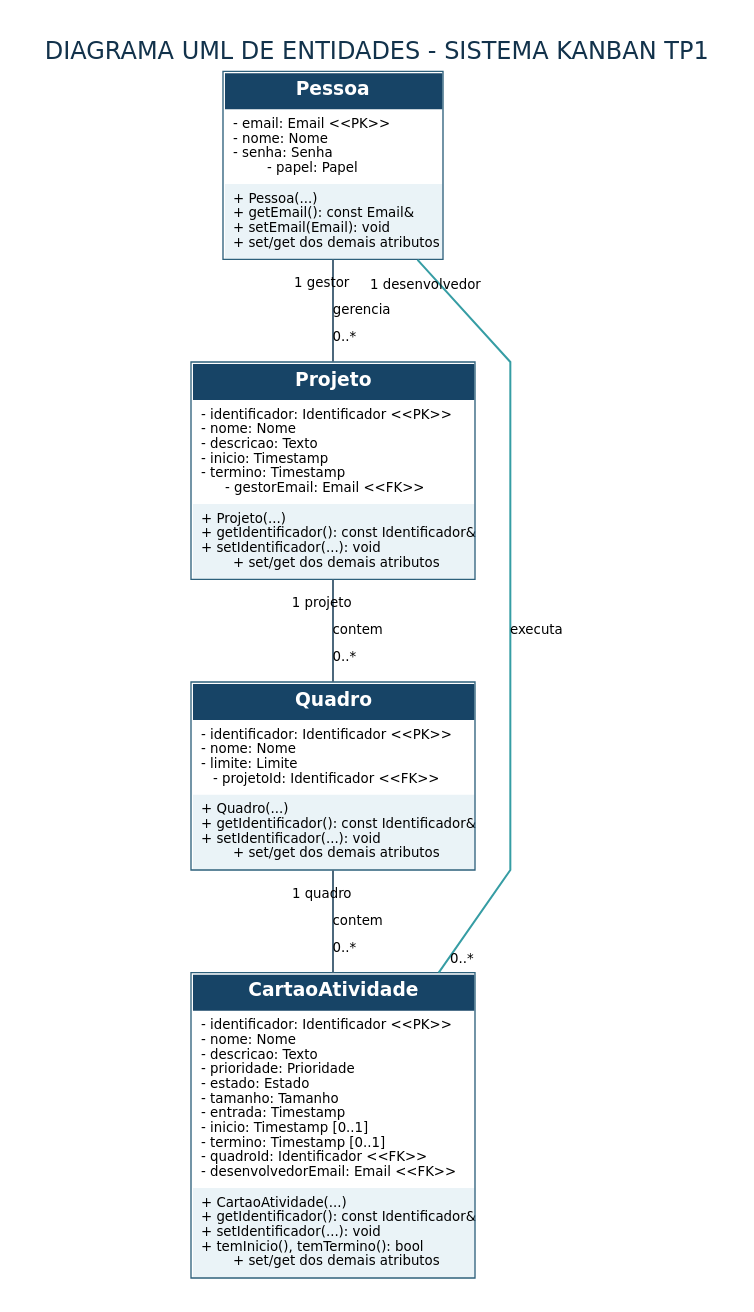
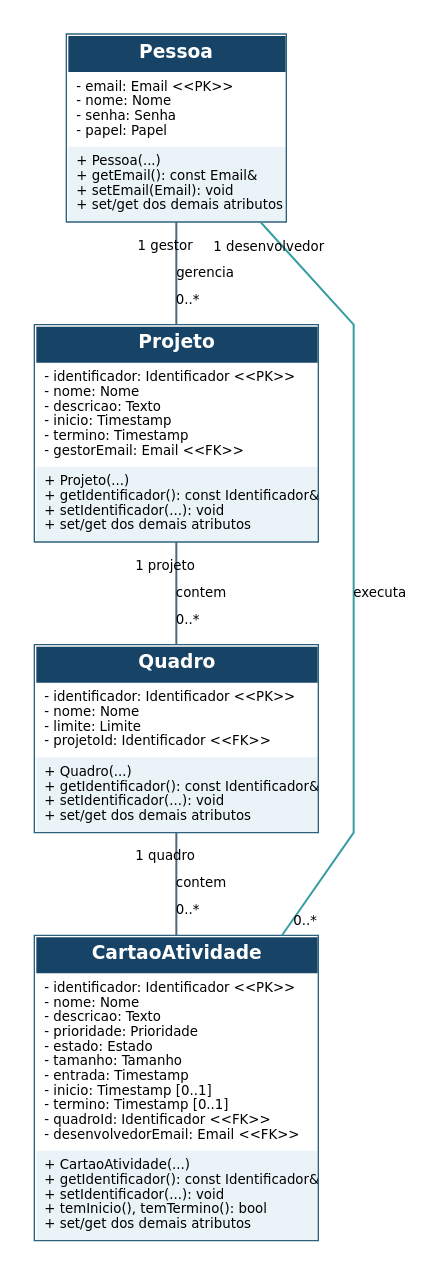
The diagram in docs/uml_entidades.dot (CaioJorge7/projeto-TP1), drawn with Graphviz before and after one commit. The commit also changed 394 other files, not shown here.

```diff
--- a/docs/uml_entidades.dot
+++ b/docs/uml_entidades.dot
@@ -1,38 +1,39 @@
+// Diagrama UML de classes de entidade e associacoes.
+// Gerar: dot -Tpng -Gdpi=200 docs/uml_entidades.dot -o uml_entidades.png
 digraph UML_Entidades {
   graph [rankdir=TB, bgcolor="white", splines=polyline, nodesep=0.75, ranksep=0.90, pad=0.25,
-    fontname="DejaVu Sans", labelloc=t, label="DIAGRAMA UML DE ENTIDADES - SISTEMA KANBAN TP1",
-    fontsize=18, fontcolor="#12324B"];
+    fontname="DejaVu Sans", fontsize=12];
   node [shape=plain, fontname="DejaVu Sans", margin=0];
   edge [color="#4C687C", fontname="DejaVu Sans", fontsize=10, arrowsize=0.7,
     labelfontsize=10, penwidth=1.5, arrowhead=none];
 
   Pessoa [label=<
     <TABLE BORDER="1" CELLBORDER="0" CELLSPACING="0" CELLPADDING="6" COLOR="#2D607B">
       <TR><TD BGCOLOR="#174466"><FONT COLOR="white"><B>Pessoa</B></FONT></TD></TR>
-      <TR><TD ALIGN="LEFT"><FONT POINT-SIZE="10">- email: Email &lt;&lt;PK&gt;&gt;<BR ALIGN="LEFT"/>- nome: Nome<BR ALIGN="LEFT"/>- senha: Senha<BR ALIGN="LEFT"/>- papel: Papel</FONT></TD></TR>
-      <TR><TD ALIGN="LEFT" BGCOLOR="#EAF3F7"><FONT POINT-SIZE="10">+ Pessoa(...)<BR ALIGN="LEFT"/>+ getEmail(): const Email&amp;<BR ALIGN="LEFT"/>+ setEmail(Email): void<BR ALIGN="LEFT"/>+ set/get dos demais atributos</FONT></TD></TR>
+      <TR><TD ALIGN="LEFT"><FONT POINT-SIZE="10">- email: Email &lt;&lt;PK&gt;&gt;<BR ALIGN="LEFT"/>- nome: Nome<BR ALIGN="LEFT"/>- senha: Senha<BR ALIGN="LEFT"/>- papel: Papel<BR ALIGN="LEFT"/></FONT></TD></TR>
+      <TR><TD ALIGN="LEFT" BGCOLOR="#EAF3F7"><FONT POINT-SIZE="10">+ Pessoa(...)<BR ALIGN="LEFT"/>+ getEmail(): const Email&amp;<BR ALIGN="LEFT"/>+ setEmail(Email): void<BR ALIGN="LEFT"/>+ set/get dos demais atributos<BR ALIGN="LEFT"/></FONT></TD></TR>
     </TABLE>>];
   Projeto [label=<
     <TABLE BORDER="1" CELLBORDER="0" CELLSPACING="0" CELLPADDING="6" COLOR="#2D607B">
       <TR><TD BGCOLOR="#174466"><FONT COLOR="white"><B>Projeto</B></FONT></TD></TR>
-      <TR><TD ALIGN="LEFT"><FONT POINT-SIZE="10">- identificador: Identificador &lt;&lt;PK&gt;&gt;<BR ALIGN="LEFT"/>- nome: Nome<BR ALIGN="LEFT"/>- descricao: Texto<BR ALIGN="LEFT"/>- inicio: Timestamp<BR ALIGN="LEFT"/>- termino: Timestamp<BR ALIGN="LEFT"/>- gestorEmail: Email &lt;&lt;FK&gt;&gt;</FONT></TD></TR>
-      <TR><TD ALIGN="LEFT" BGCOLOR="#EAF3F7"><FONT POINT-SIZE="10">+ Projeto(...)<BR ALIGN="LEFT"/>+ getIdentificador(): const Identificador&amp;<BR ALIGN="LEFT"/>+ setIdentificador(...): void<BR ALIGN="LEFT"/>+ set/get dos demais atributos</FONT></TD></TR>
+      <TR><TD ALIGN="LEFT"><FONT POINT-SIZE="10">- identificador: Identificador &lt;&lt;PK&gt;&gt;<BR ALIGN="LEFT"/>- nome: Nome<BR ALIGN="LEFT"/>- descricao: Texto<BR ALIGN="LEFT"/>- inicio: Timestamp<BR ALIGN="LEFT"/>- termino: Timestamp<BR ALIGN="LEFT"/>- gestorEmail: Email &lt;&lt;FK&gt;&gt;<BR ALIGN="LEFT"/></FONT></TD></TR>
+      <TR><TD ALIGN="LEFT" BGCOLOR="#EAF3F7"><FONT POINT-SIZE="10">+ Projeto(...)<BR ALIGN="LEFT"/>+ getIdentificador(): const Identificador&amp;<BR ALIGN="LEFT"/>+ setIdentificador(...): void<BR ALIGN="LEFT"/>+ set/get dos demais atributos<BR ALIGN="LEFT"/></FONT></TD></TR>
     </TABLE>>];
   Quadro [label=<
     <TABLE BORDER="1" CELLBORDER="0" CELLSPACING="0" CELLPADDING="6" COLOR="#2D607B">
       <TR><TD BGCOLOR="#174466"><FONT COLOR="white"><B>Quadro</B></FONT></TD></TR>
-      <TR><TD ALIGN="LEFT"><FONT POINT-SIZE="10">- identificador: Identificador &lt;&lt;PK&gt;&gt;<BR ALIGN="LEFT"/>- nome: Nome<BR ALIGN="LEFT"/>- limite: Limite<BR ALIGN="LEFT"/>- projetoId: Identificador &lt;&lt;FK&gt;&gt;</FONT></TD></TR>
-      <TR><TD ALIGN="LEFT" BGCOLOR="#EAF3F7"><FONT POINT-SIZE="10">+ Quadro(...)<BR ALIGN="LEFT"/>+ getIdentificador(): const Identificador&amp;<BR ALIGN="LEFT"/>+ setIdentificador(...): void<BR ALIGN="LEFT"/>+ set/get dos demais atributos</FONT></TD></TR>
+      <TR><TD ALIGN="LEFT"><FONT POINT-SIZE="10">- identificador: Identificador &lt;&lt;PK&gt;&gt;<BR ALIGN="LEFT"/>- nome: Nome<BR ALIGN="LEFT"/>- limite: Limite<BR ALIGN="LEFT"/>- projetoId: Identificador &lt;&lt;FK&gt;&gt;<BR ALIGN="LEFT"/></FONT></TD></TR>
+      <TR><TD ALIGN="LEFT" BGCOLOR="#EAF3F7"><FONT POINT-SIZE="10">+ Quadro(...)<BR ALIGN="LEFT"/>+ getIdentificador(): const Identificador&amp;<BR ALIGN="LEFT"/>+ setIdentificador(...): void<BR ALIGN="LEFT"/>+ set/get dos demais atributos<BR ALIGN="LEFT"/></FONT></TD></TR>
     </TABLE>>];
   CartaoAtividade [label=<
     <TABLE BORDER="1" CELLBORDER="0" CELLSPACING="0" CELLPADDING="6" COLOR="#2D607B">
       <TR><TD BGCOLOR="#174466"><FONT COLOR="white"><B>CartaoAtividade</B></FONT></TD></TR>
-      <TR><TD ALIGN="LEFT"><FONT POINT-SIZE="10">- identificador: Identificador &lt;&lt;PK&gt;&gt;<BR ALIGN="LEFT"/>- nome: Nome<BR ALIGN="LEFT"/>- descricao: Texto<BR ALIGN="LEFT"/>- prioridade: Prioridade<BR ALIGN="LEFT"/>- estado: Estado<BR ALIGN="LEFT"/>- tamanho: Tamanho<BR ALIGN="LEFT"/>- entrada: Timestamp<BR ALIGN="LEFT"/>- inicio: Timestamp [0..1]<BR ALIGN="LEFT"/>- termino: Timestamp [0..1]<BR ALIGN="LEFT"/>- quadroId: Identificador &lt;&lt;FK&gt;&gt;<BR ALIGN="LEFT"/>- desenvolvedorEmail: Email &lt;&lt;FK&gt;&gt;</FONT></TD></TR>
-      <TR><TD ALIGN="LEFT" BGCOLOR="#EAF3F7"><FONT POINT-SIZE="10">+ CartaoAtividade(...)<BR ALIGN="LEFT"/>+ getIdentificador(): const Identificador&amp;<BR ALIGN="LEFT"/>+ setIdentificador(...): void<BR ALIGN="LEFT"/>+ temInicio(), temTermino(): bool<BR ALIGN="LEFT"/>+ set/get dos demais atributos</FONT></TD></TR>
+      <TR><TD ALIGN="LEFT"><FONT POINT-SIZE="10">- identificador: Identificador &lt;&lt;PK&gt;&gt;<BR ALIGN="LEFT"/>- nome: Nome<BR ALIGN="LEFT"/>- descricao: Texto<BR ALIGN="LEFT"/>- prioridade: Prioridade<BR ALIGN="LEFT"/>- estado: Estado<BR ALIGN="LEFT"/>- tamanho: Tamanho<BR ALIGN="LEFT"/>- entrada: Timestamp<BR ALIGN="LEFT"/>- inicio: Timestamp [0..1]<BR ALIGN="LEFT"/>- termino: Timestamp [0..1]<BR ALIGN="LEFT"/>- quadroId: Identificador &lt;&lt;FK&gt;&gt;<BR ALIGN="LEFT"/>- desenvolvedorEmail: Email &lt;&lt;FK&gt;&gt;<BR ALIGN="LEFT"/></FONT></TD></TR>
+      <TR><TD ALIGN="LEFT" BGCOLOR="#EAF3F7"><FONT POINT-SIZE="10">+ CartaoAtividade(...)<BR ALIGN="LEFT"/>+ getIdentificador(): const Identificador&amp;<BR ALIGN="LEFT"/>+ setIdentificador(...): void<BR ALIGN="LEFT"/>+ temInicio(), temTermino(): bool<BR ALIGN="LEFT"/>+ set/get dos demais atributos<BR ALIGN="LEFT"/></FONT></TD></TR>
     </TABLE>>];
 
   Pessoa -> Projeto [taillabel="1 gestor", headlabel="0..*", label="gerencia", labeldistance=2];
   Projeto -> Quadro [taillabel="1 projeto", headlabel="0..*", label="contem", labeldistance=2];
   Quadro -> CartaoAtividade [taillabel="1 quadro", headlabel="0..*", label="contem", labeldistance=2];
   Pessoa -> CartaoAtividade [taillabel="1 desenvolvedor", headlabel="0..*", label="executa", minlen=2, constraint=false, color="#369DA4", labeldistance=2];
 }
```
